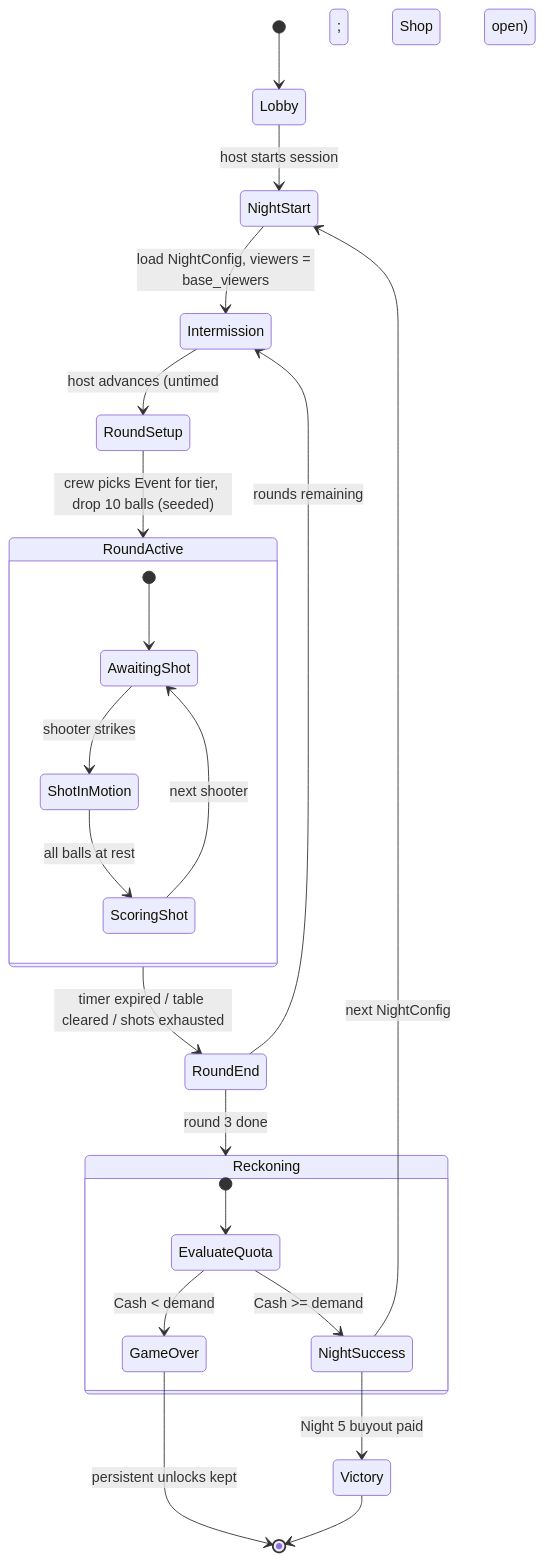
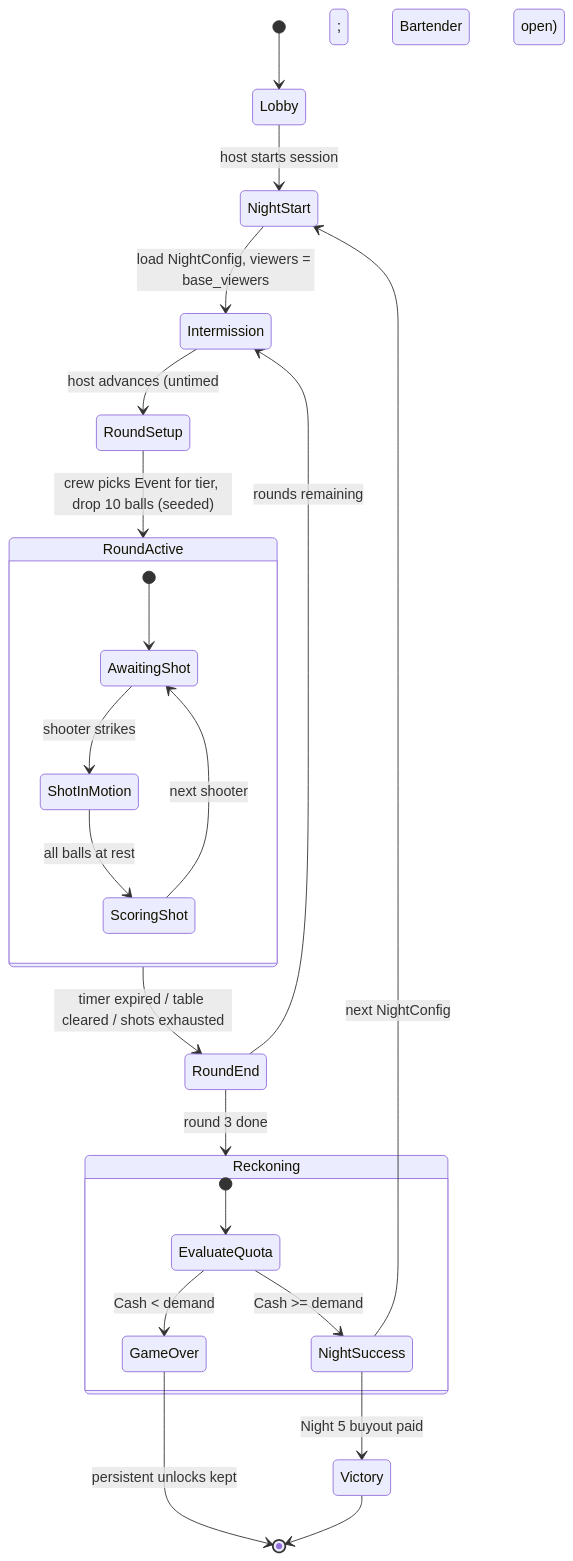
The diagram in docs/plan/02-economy-loop.md (Cleans3/absolute-billiard), drawn with Mermaid before and after one commit. The commit also changed other lines of this file and 94 other files, not shown here.

````diff
--- a/docs/plan/02-economy-loop.md
+++ b/docs/plan/02-economy-loop.md
@@ -62,30 +77,30 @@
 ```mermaid
 stateDiagram-v2
     [*] --> Lobby
     Lobby --> NightStart: host starts session
     NightStart --> Intermission: load NightConfig, viewers = base_viewers
-    Intermission --> RoundSetup: host advances (untimed; Shop open)
+    Intermission --> RoundSetup: host advances (untimed; Bartender open)
     RoundSetup --> RoundActive: crew picks Event for tier, drop 10 balls (seeded)
 
     state RoundActive {
         [*] --> AwaitingShot
         AwaitingShot --> ShotInMotion: shooter strikes
         ShotInMotion --> ScoringShot: all balls at rest
         ScoringShot --> AwaitingShot: next shooter
     }
 
     RoundActive --> RoundEnd: timer expired / table cleared / shots exhausted
     RoundEnd --> Intermission: rounds remaining
     RoundEnd --> Reckoning: round 3 done
 
     state Reckoning {
         [*] --> EvaluateQuota
         EvaluateQuota --> NightSuccess: Cash >= demand
         EvaluateQuota --> GameOver: Cash < demand
     }
 
     NightSuccess --> Victory: Night 5 buyout paid
     NightSuccess --> NightStart: next NightConfig
     GameOver --> [*]: persistent unlocks kept
     Victory --> [*]
 ```
````
